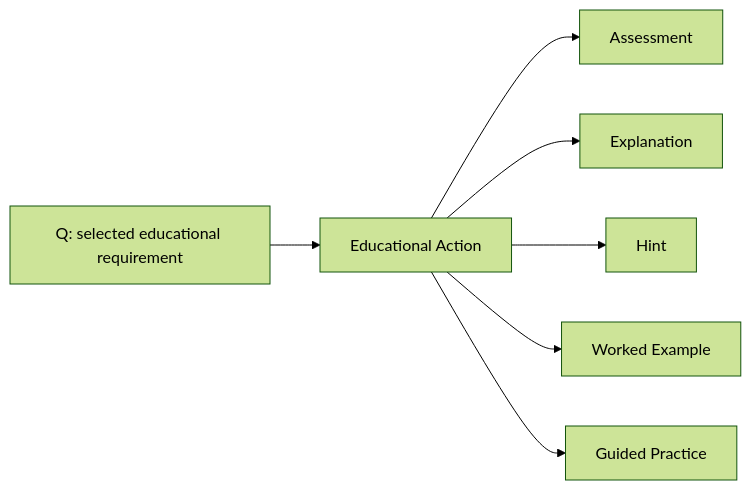
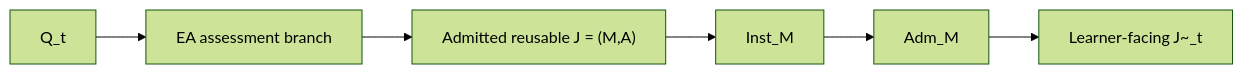
The fourth of 7 diagrams in content/architecture.md (thatao72/three-twin-docs), drawn with Mermaid (forest theme) before and after one commit. The commit also changed other lines of this file, not shown here.

Commit message:
Rewrite architecture overview for current mathematical model

````diff
--- a/content/architecture.md
+++ b/content/architecture.md
@@ -253,17 +323,11 @@
 ```mermaid
 flowchart LR
-    Q["Q: selected educational requirement"]
-    EA["Educational Action"]
-    A["Assessment"]
-    E["Explanation"]
-    H["Hint"]
-    W["Worked Example"]
-    G["Guided Practice"]
+    Q["Q_t"]
+    EA["EA assessment branch"]
+    J["Admitted reusable J = (M,A)"]
+    IM["Inst_M"]
+    AM["Adm_M"]
+    JT["Learner-facing J~_t"]
 
-    Q --> EA
-    EA --> A
-    EA --> E
-    EA --> H
-    EA --> W
-    EA --> G
+    Q --> EA --> J --> IM --> AM --> JT
 ```
````
